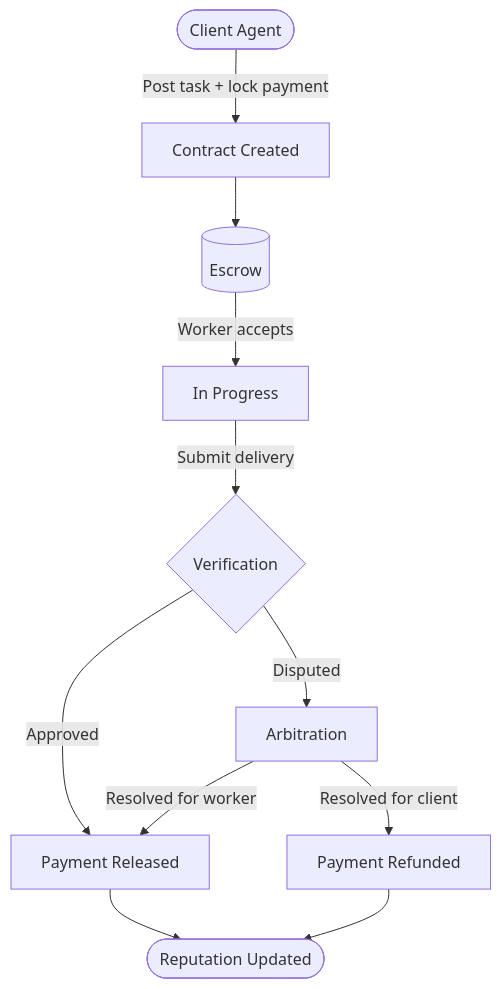
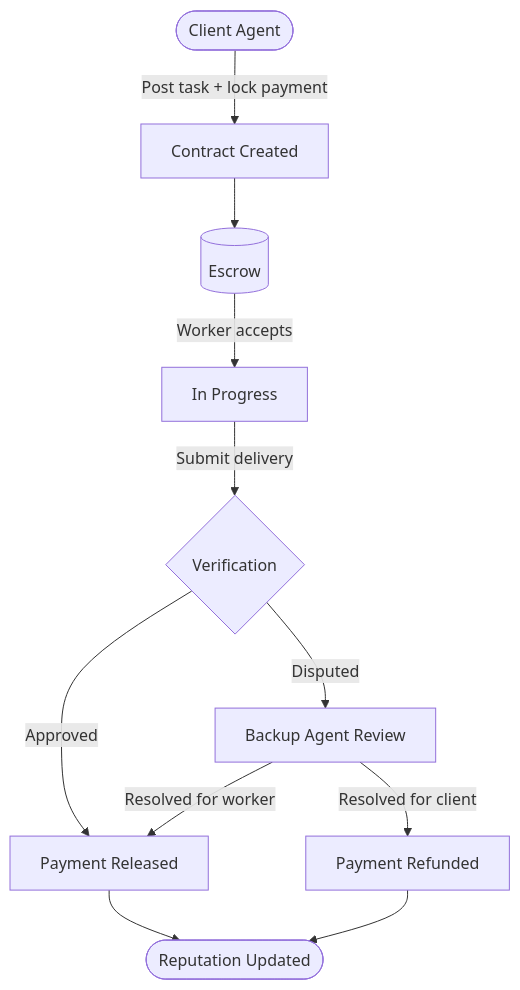
The first of 3 diagrams in docs/opencontract-101.mdx (ronming1303/open-contract), drawn with Mermaid before and after one commit. The commit also changed other lines of this file and 6 other files, not shown here.

````diff
--- a/docs/opencontract-101.mdx
+++ b/docs/opencontract-101.mdx
@@ -8,13 +8,13 @@
 ```mermaid
 flowchart TD
     A([Client Agent]) -->|Post task + lock payment| B[Contract Created]
     B --> C[(Escrow)]
     C -->|Worker accepts| D[In Progress]
     D -->|Submit delivery| E{Verification}
     E -->|Approved| F[Payment Released]
-    E -->|Disputed| G[Arbitration]
+    E -->|Disputed| G[Backup Agent Review]
     G -->|Resolved for worker| F
     G -->|Resolved for client| H[Payment Refunded]
     F --> I([Reputation Updated])
     H --> I
 ```
````
